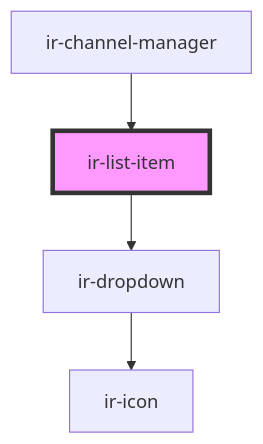
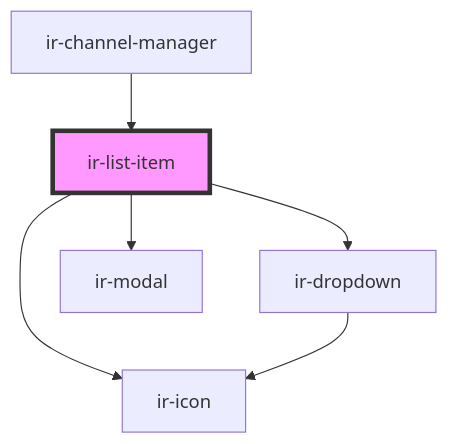
The diagram in src/components/ir-listItems/readme.md (freddynasr/ir-webcmp), drawn with Mermaid before and after one commit. The commit also changed other lines of this file and 13 other files, not shown here.

````diff
--- a/src/components/ir-listItems/readme.md
+++ b/src/components/ir-listItems/readme.md
@@ -36,7 +38,9 @@
 ```mermaid
 graph TD;
   ir-list-item --> ir-dropdown
+  ir-list-item --> ir-icon
+  ir-list-item --> ir-modal
   ir-dropdown --> ir-icon
   ir-channel-manager --> ir-list-item
   style ir-list-item fill:#f9f,stroke:#333,stroke-width:4px
 ```
````
